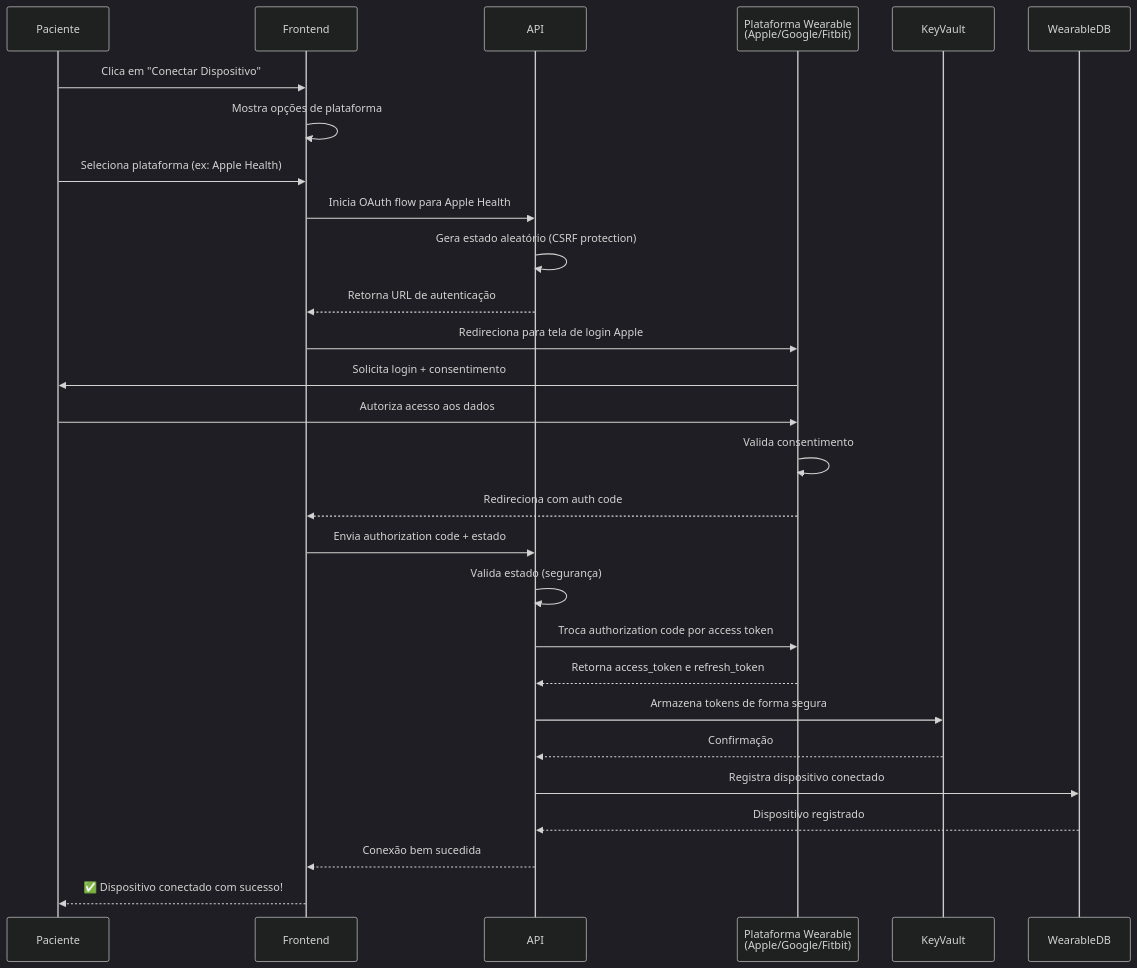
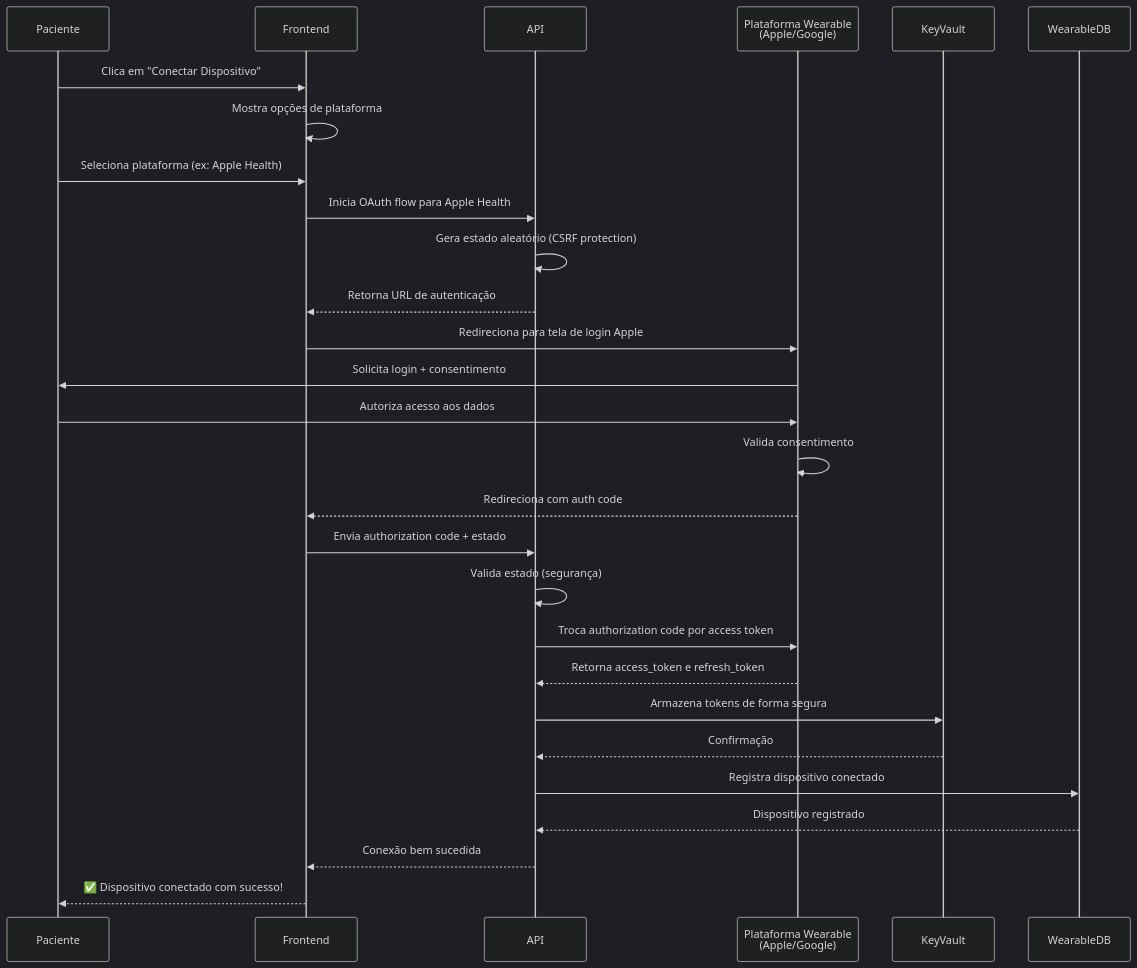
The first of 7 diagrams in DIAGRAMA DE SEQUENCIA.md (ccps1-care-predict/care-plus-ccps1), drawn with Mermaid (dark theme) before and after one commit. The commit also changed other lines of this file and 8 other files, not shown here.

````diff
--- a/DIAGRAMA DE SEQUENCIA.md
+++ b/DIAGRAMA DE SEQUENCIA.md
@@ -19,44 +19,44 @@
 ```mermaid
 sequenceDiagram
 
 participant Paciente
 participant Frontend
 participant API
-participant PlatformaWearable as Plataforma Wearable<br/>(Apple/Google/Fitbit)
+participant PlatformaWearable as Plataforma Wearable<br/>(Apple/Google)
 participant KeyVault
 participant WearableDB
 
 Paciente->>Frontend: Clica em "Conectar Dispositivo"
 Frontend->>Frontend: Mostra opções de plataforma
 Paciente->>Frontend: Seleciona plataforma (ex: Apple Health)
 
 Frontend->>API: Inicia OAuth flow para Apple Health
 API->>API: Gera estado aleatório (CSRF protection)
 
 API-->>Frontend: Retorna URL de autenticação
 
 Frontend->>PlatformaWearable: Redireciona para tela de login Apple
 PlatformaWearable->>Paciente: Solicita login + consentimento
 
 Paciente->>PlatformaWearable: Autoriza acesso aos dados
 PlatformaWearable->>PlatformaWearable: Valida consentimento
 
 PlatformaWearable-->>Frontend: Redireciona com auth code
 
 Frontend->>API: Envia authorization code + estado
 
 API->>API: Valida estado (segurança)
 API->>PlatformaWearable: Troca authorization code por access token
 
 PlatformaWearable-->>API: Retorna access_token e refresh_token
 
 API->>KeyVault: Armazena tokens de forma segura
 KeyVault-->>API: Confirmação
 
 API->>WearableDB: Registra dispositivo conectado
 
 WearableDB-->>API: Dispositivo registrado
 
 API-->>Frontend: Conexão bem sucedida
 Frontend-->>Paciente: ✅ Dispositivo conectado com sucesso!
 ```
````
